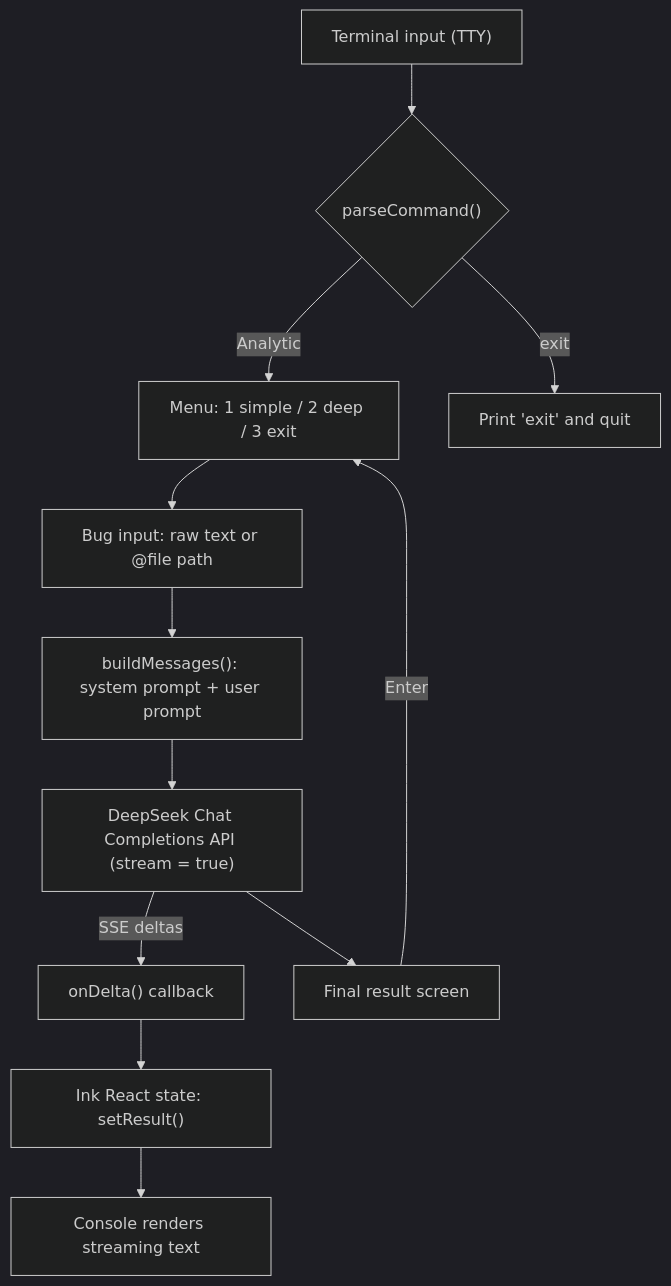
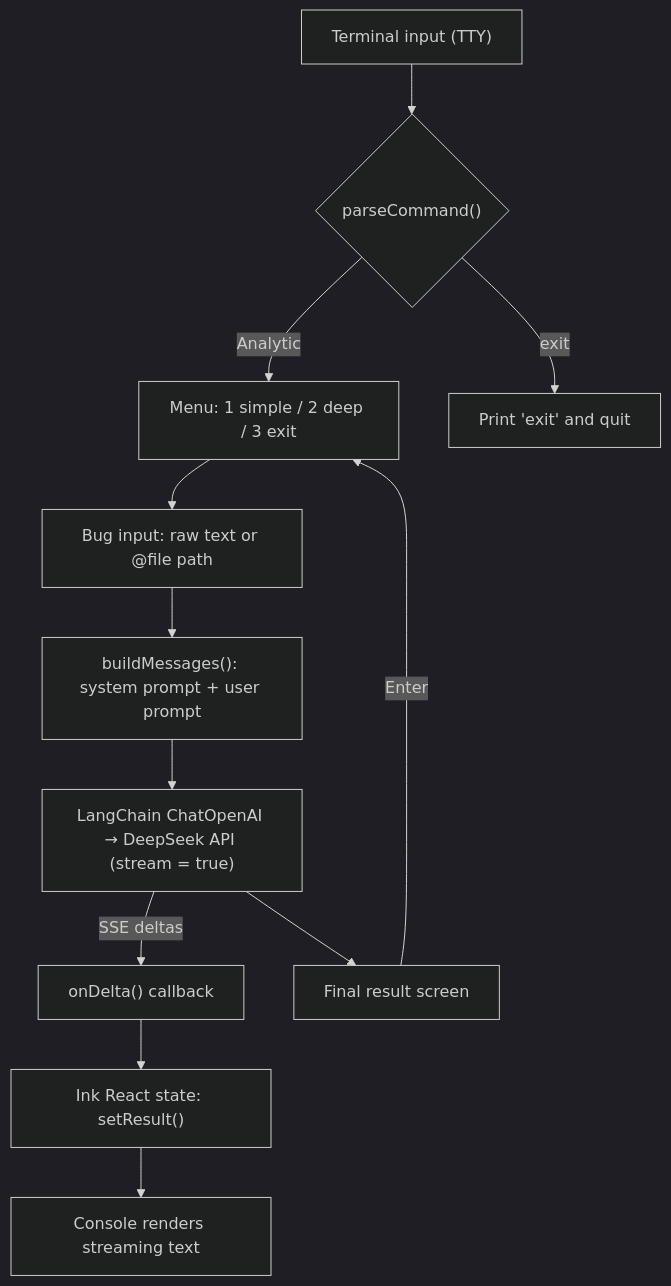
One commit to TJYOYO/BugAnalytic-Agent changed the first of 2 diagrams in README.md. Above: the diagram before and after it, drawn with Mermaid (dark theme). The commit also changed other lines of this file and 7 other files, not shown here.

````diff
--- a/README.md
+++ b/README.md
@@ -72,14 +72,14 @@
 ```mermaid
 flowchart TD
     A["Terminal input (TTY)"] --> B{"parseCommand()"}
     B -->|"Analytic"| C["Menu: 1 simple / 2 deep / 3 exit"]
     B -->|"exit"| Z["Print 'exit' and quit"]
     C --> D["Bug input: raw text or @file path"]
     D --> E["buildMessages(): system prompt + user prompt"]
-    E --> F["DeepSeek Chat Completions API (stream = true)"]
+    E --> F["LangChain ChatOpenAI → DeepSeek API (stream = true)"]
     F -->|"SSE deltas"| G["onDelta() callback"]
     G --> H["Ink React state: setResult()"]
     H --> I["Console renders streaming text"]
     F --> J["Final result screen"]
     J -->|"Enter"| C
 ```
````
